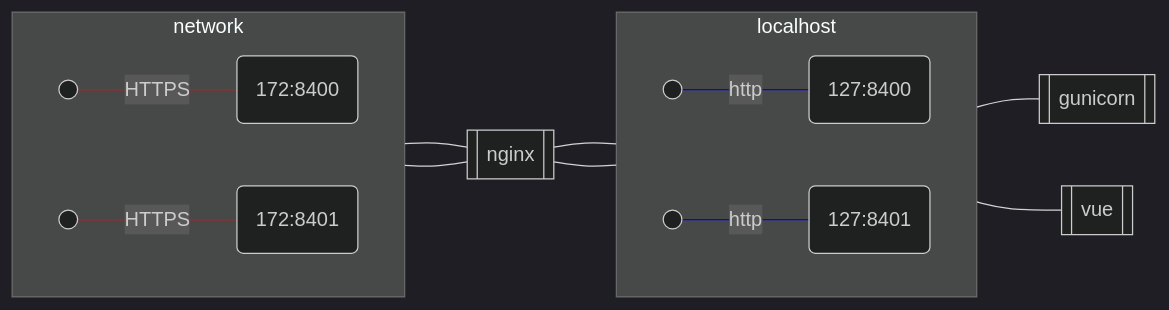
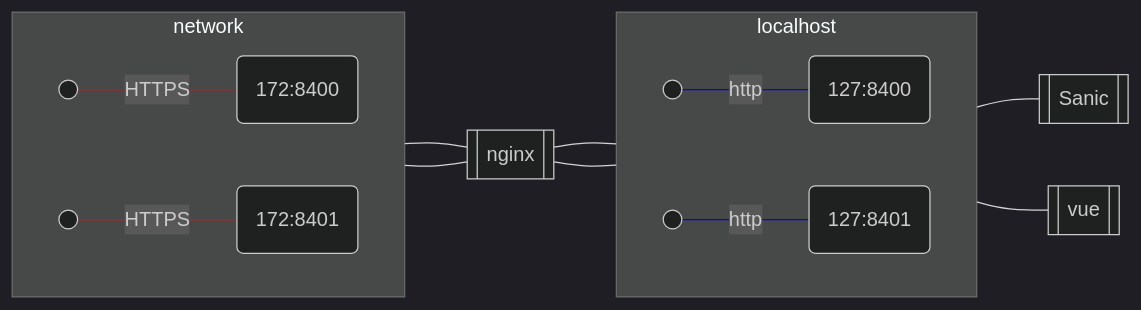
The second of 4 diagrams in natural4-server/natural4_server/nginx-proxy.md (smucclaw/gsheet), drawn with Mermaid (dark theme) before and after one commit. The commit also changed other lines of this file, not shown here.

Commit message:
Redo diagram

````diff
--- a/natural4-server/natural4_server/nginx-proxy.md
+++ b/natural4-server/natural4_server/nginx-proxy.md
@@ -28,27 +33,27 @@
 ```mermaid
 flowchart LR
     subgraph network
         direction LR
         id1(( )) -- HTTPS --- network_port_8400(172:8400)
         id2(( )) -- HTTPS --- network_port_8401(172:8401)
     end
     nginx[[nginx]]
     network_port_8400 --- nginx
     network_port_8401 --- nginx
 
     subgraph localhost
         direction LR
         id3(( )) -- http --- loop_port_8400(127:8400)
         id4(( ))-- http --- loop_port_8401(127:8401)
     end
-    gunicorn[[ gunicorn ]]
-    loop_port_8400---gunicorn
+    Sanic[[ Sanic ]]
+    loop_port_8400---Sanic
     vue[[ vue ]]
     loop_port_8401---vue
     nginx---id3
     nginx---id4
     linkStyle 0 stroke:red;
     linkStyle 1 stroke:red;
     linkStyle 4 stroke:blue;
     linkStyle 5 stroke:blue;
 ```
````
